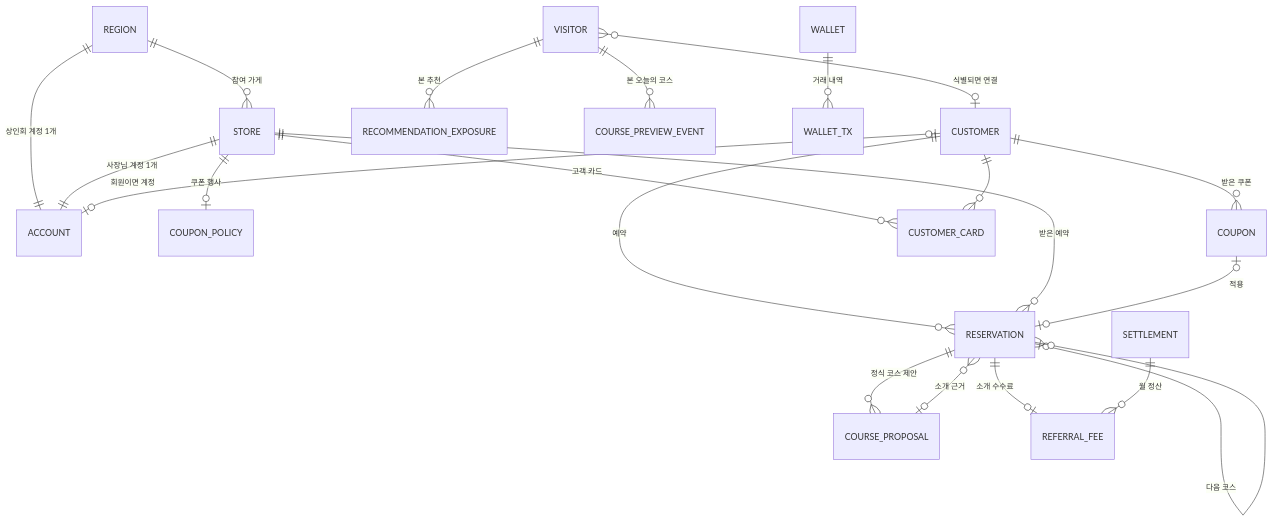
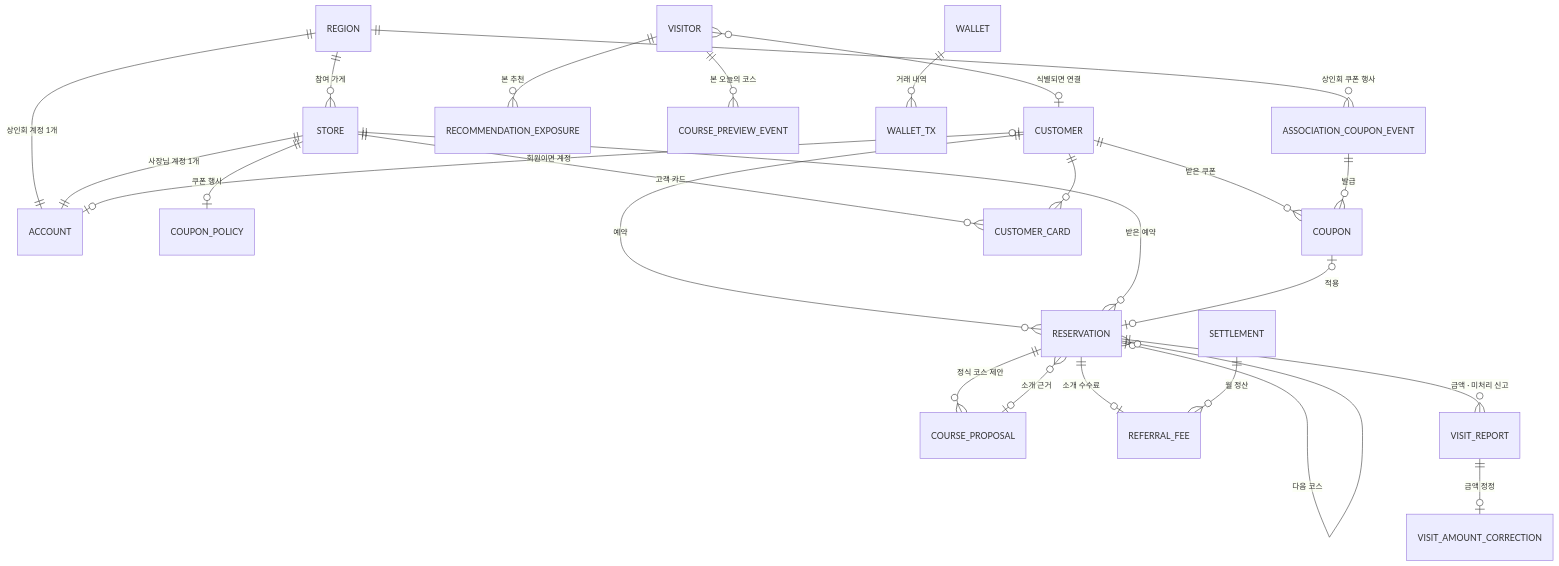
Before and after one commit to Leave-421/alley-crm-docs: the diagram in docs/06-data.md, drawn with Mermaid. The commit also changed other lines of this file and 11 other files, not shown here.

````diff
--- a/docs/06-data.md
+++ b/docs/06-data.md
@@ -8,23 +8,27 @@
 ```mermaid
 erDiagram
     REGION ||--o{ STORE : "참여 가게"
     REGION ||--|| ACCOUNT : "상인회 계정 1개"
     STORE ||--|| ACCOUNT : "사장님 계정 1개"
     CUSTOMER |o--o| ACCOUNT : "회원이면 계정"
     VISITOR }o--o| CUSTOMER : "식별되면 연결"
     CUSTOMER ||--o{ RESERVATION : "예약"
     STORE ||--o{ RESERVATION : "받은 예약"
     RESERVATION |o--o{ RESERVATION : "다음 코스"
     VISITOR ||--o{ RECOMMENDATION_EXPOSURE : "본 추천"
     VISITOR ||--o{ COURSE_PREVIEW_EVENT : "본 오늘의 코스"
     RESERVATION ||--o{ COURSE_PROPOSAL : "정식 코스 제안"
     COURSE_PROPOSAL |o--o{ RESERVATION : "소개 근거"
     STORE ||--o| COUPON_POLICY : "쿠폰 행사"
     CUSTOMER ||--o{ COUPON : "받은 쿠폰"
     COUPON |o--o| RESERVATION : "적용"
     RESERVATION ||--o| REFERRAL_FEE : "소개 수수료"
     SETTLEMENT ||--o{ REFERRAL_FEE : "월 정산"
     STORE ||--o{ CUSTOMER_CARD : "고객 카드"
     CUSTOMER ||--o{ CUSTOMER_CARD : ""
     WALLET ||--o{ WALLET_TX : "거래 내역"
+    REGION ||--o{ ASSOCIATION_COUPON_EVENT : "상인회 쿠폰 행사"
+    ASSOCIATION_COUPON_EVENT ||--o{ COUPON : "발급"
+    RESERVATION ||--o{ VISIT_REPORT : "금액 · 미처리 신고"
+    VISIT_REPORT ||--o| VISIT_AMOUNT_CORRECTION : "금액 정정"
 ```
````
